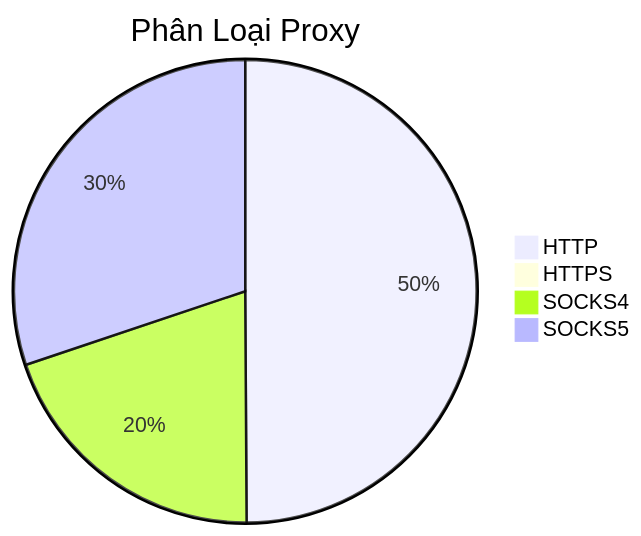
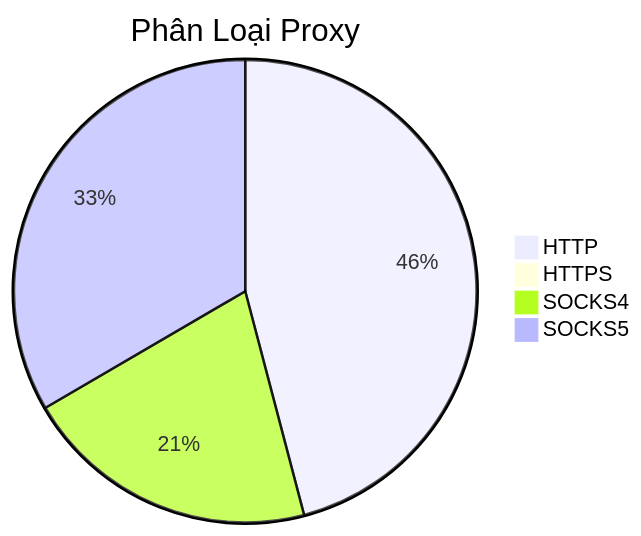
The diagram in README.md (Ciara-12/PROXY-free), drawn with Mermaid before and after one commit. The commit also changed other lines of this file and 3 other files, not shown here.

````diff
--- a/README.md
+++ b/README.md
@@ -26,7 +26,7 @@
 ```mermaid
 pie title Phân Loại Proxy
-    "HTTP" : 528
+    "HTTP" : 426
     "HTTPS" : 0
-    "SOCKS4" : 211
-    "SOCKS5" : 319
+    "SOCKS4" : 192
+    "SOCKS5" : 310
 ```
````
